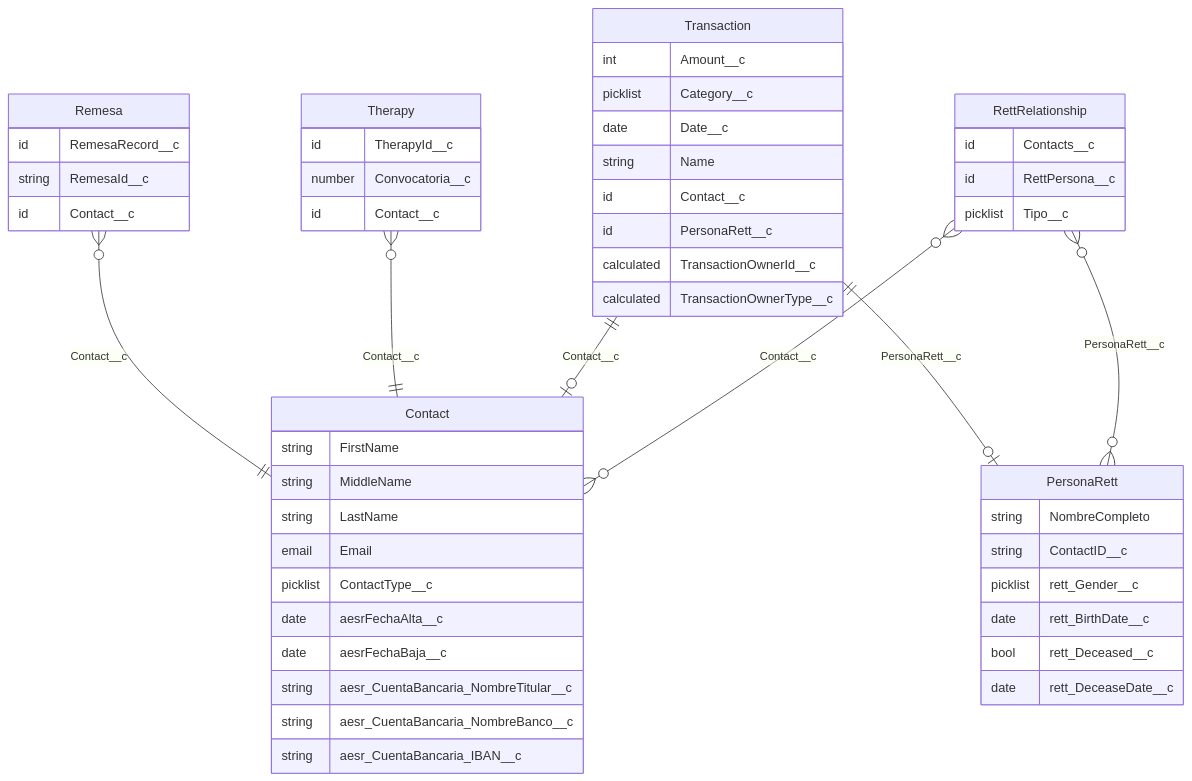
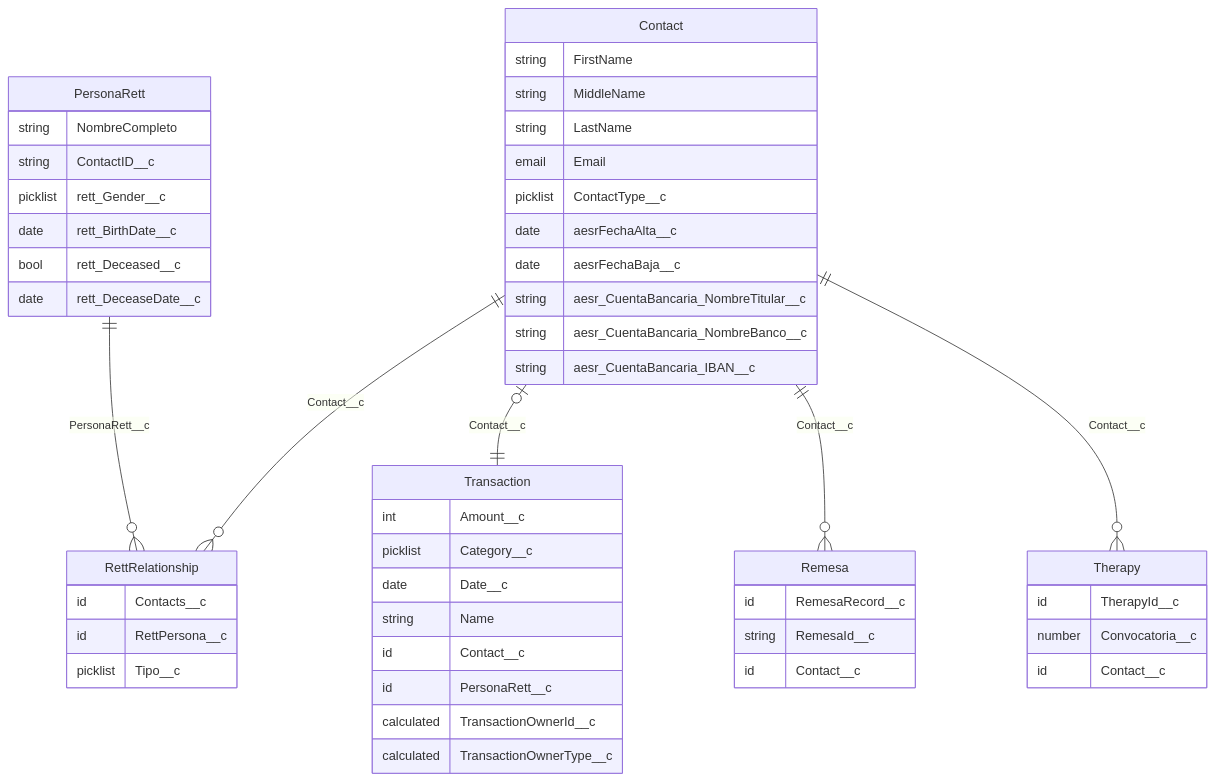
One commit to rett-spain/ngo-finance changed the diagram in docs/dbmodel.md. Above: the diagram before and after it, drawn with Mermaid.

Commit message:
Update db model

````diff
--- a/docs/dbmodel.md
+++ b/docs/dbmodel.md
@@ -1,61 +1,64 @@
 ```mermaid
 erDiagram
+
+    Contact ||--o{ RettRelationship : Contact__c
+    PersonaRett ||--o{ RettRelationship : PersonaRett__c
+
+    Contact |o--|| Transaction : Contact__c
+    Contact ||--o{ Remesa : Contact__c
+    Contact ||--o{ Therapy : Contact__c
+
+
 
     Contact {
         string FirstName
         string MiddleName
         string LastName
         email Email
         picklist ContactType__c
         date aesrFechaAlta__c
         date aesrFechaBaja__c
         string aesr_CuentaBancaria_NombreTitular__c
         string aesr_CuentaBancaria_NombreBanco__c
         string aesr_CuentaBancaria_IBAN__c
     }
 
     PersonaRett {
         string NombreCompleto
         string ContactID__c
         picklist rett_Gender__c
         date rett_BirthDate__c
         bool rett_Deceased__c
         date rett_DeceaseDate__c
     }
 
-    RettRelationship }o--o{ Contact : Contact__c
-    RettRelationship }o--o{ PersonaRett : PersonaRett__c
     RettRelationship {
         id Contacts__c
         id RettPersona__c
         picklist Tipo__c
     }
 
-    Transaction ||--o| Contact : Contact__c
-    Transaction ||--o| PersonaRett : PersonaRett__c
     Transaction {
         int Amount__c
         picklist Category__c
         date Date__c
         string Name
         id Contact__c
         id PersonaRett__c
         calculated TransactionOwnerId__c
         calculated TransactionOwnerType__c
     }
 
-    Therapy }o--|| Contact : Contact__c
     Therapy {
         id TherapyId__c
         number Convocatoria__c
         id Contact__c
     }
 
-    Remesa }o--|| Contact : Contact__c
     Remesa {
         id RemesaRecord__c
         string RemesaId__c
         id Contact__c
     }
 
 ```
````
